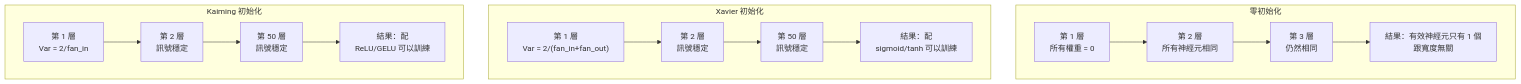
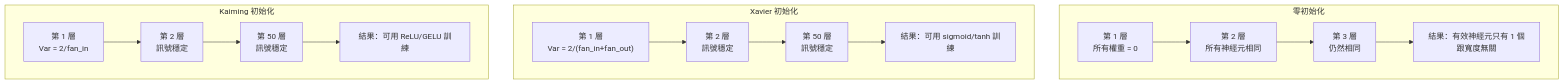
One commit to edward821220/ai-engineering-from-scratch changed the first of 3 diagrams in i18n/zh-TW/phases/03-deep-learning-core/08-weight-initialization/docs/zh-TW.md. Above: the diagram before and after it, drawn with Mermaid. The commit also changed 197 other files, not shown here.

````diff
--- a/i18n/zh-TW/phases/03-deep-learning-core/08-weight-initialization/docs/zh-TW.md
+++ b/i18n/zh-TW/phases/03-deep-learning-core/08-weight-initialization/docs/zh-TW.md
@@ -109,20 +109,20 @@
 ```mermaid
 flowchart TD
     subgraph "零初始化"
         Z1["第 1 層<br/>所有權重 = 0"] --> Z2["第 2 層<br/>所有神經元相同"]
         Z2 --> Z3["第 3 層<br/>仍然相同"]
         Z3 --> ZR["結果：有效神經元只有 1 個<br/>跟寬度無關"]
     end
 
     subgraph "Xavier 初始化"
         X1["第 1 層<br/>Var = 2/(fan_in+fan_out)"] --> X2["第 2 層<br/>訊號穩定"]
         X2 --> X3["第 50 層<br/>訊號穩定"]
-        X3 --> XR["結果：配<br/>sigmoid/tanh 可以訓練"]
+        X3 --> XR["結果：可用 sigmoid/tanh 訓練"]
     end
 
     subgraph "Kaiming 初始化"
         K1["第 1 層<br/>Var = 2/fan_in"] --> K2["第 2 層<br/>訊號穩定"]
         K2 --> K3["第 50 層<br/>訊號穩定"]
-        K3 --> KR["結果：配<br/>ReLU/GELU 可以訓練"]
+        K3 --> KR["結果：可用 ReLU/GELU 訓練"]
     end
 ```
````
